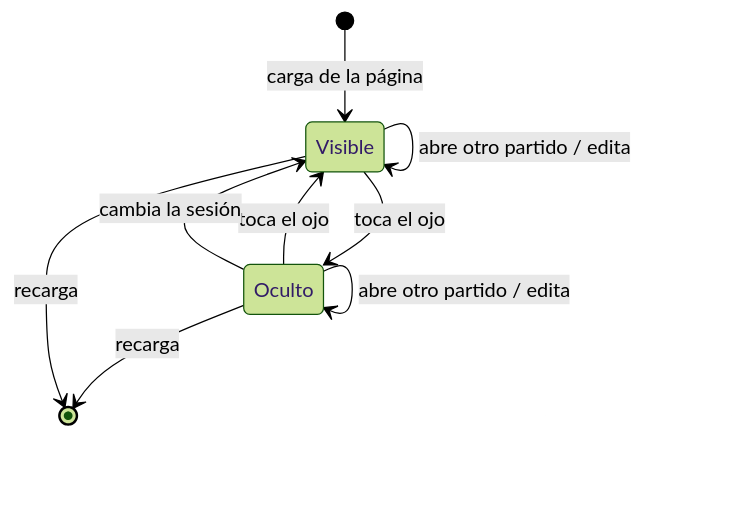
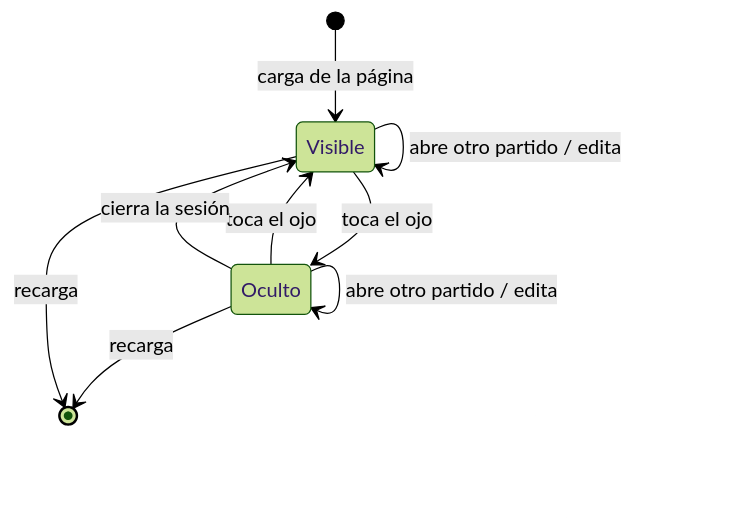
The diagram in docs/ocultar-puntajes/OCULTAR_PUNTAJES_SPEC.md (sirlucman/organizador-futbol), drawn with Mermaid (forest theme) before and after one commit. The commit also changed other lines of this file and 7 other files, not shown here.

````diff
--- a/docs/ocultar-puntajes/OCULTAR_PUNTAJES_SPEC.md
+++ b/docs/ocultar-puntajes/OCULTAR_PUNTAJES_SPEC.md
@@ -534,11 +561,11 @@
 ```mermaid
 stateDiagram-v2
   [*] --> Visible : carga de la página
   Visible --> Oculto : toca el ojo
   Oculto --> Visible : toca el ojo
   Oculto --> Oculto : abre otro partido / edita
   Visible --> Visible : abre otro partido / edita
-  Oculto --> Visible : cambia la sesión
+  Oculto --> Visible : cierra la sesión
   Oculto --> [*] : recarga
   Visible --> [*] : recarga
 ```
````
